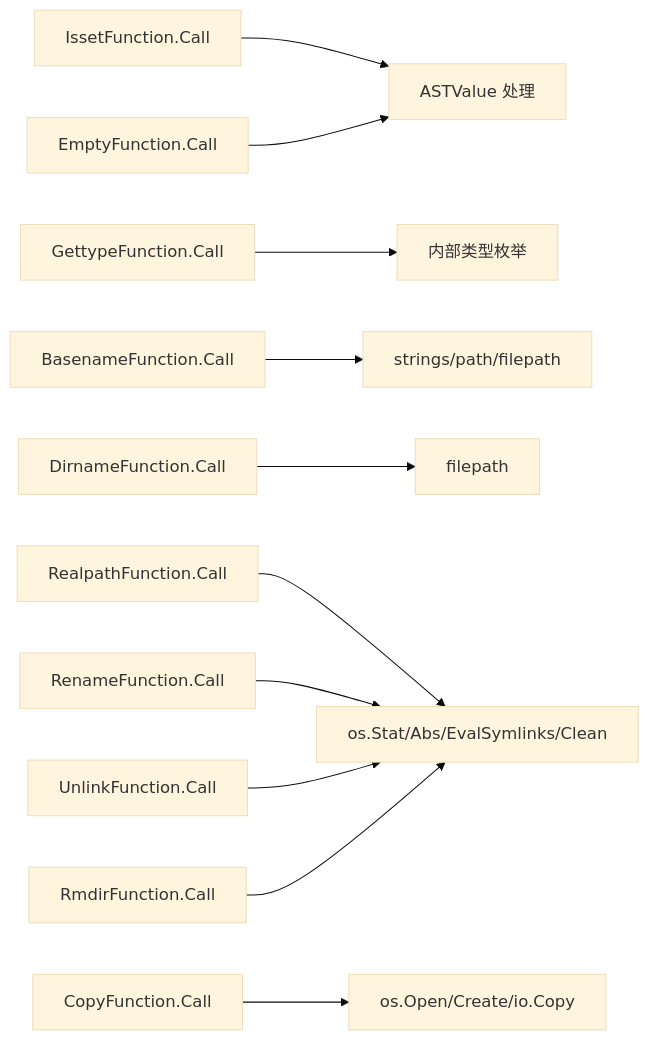
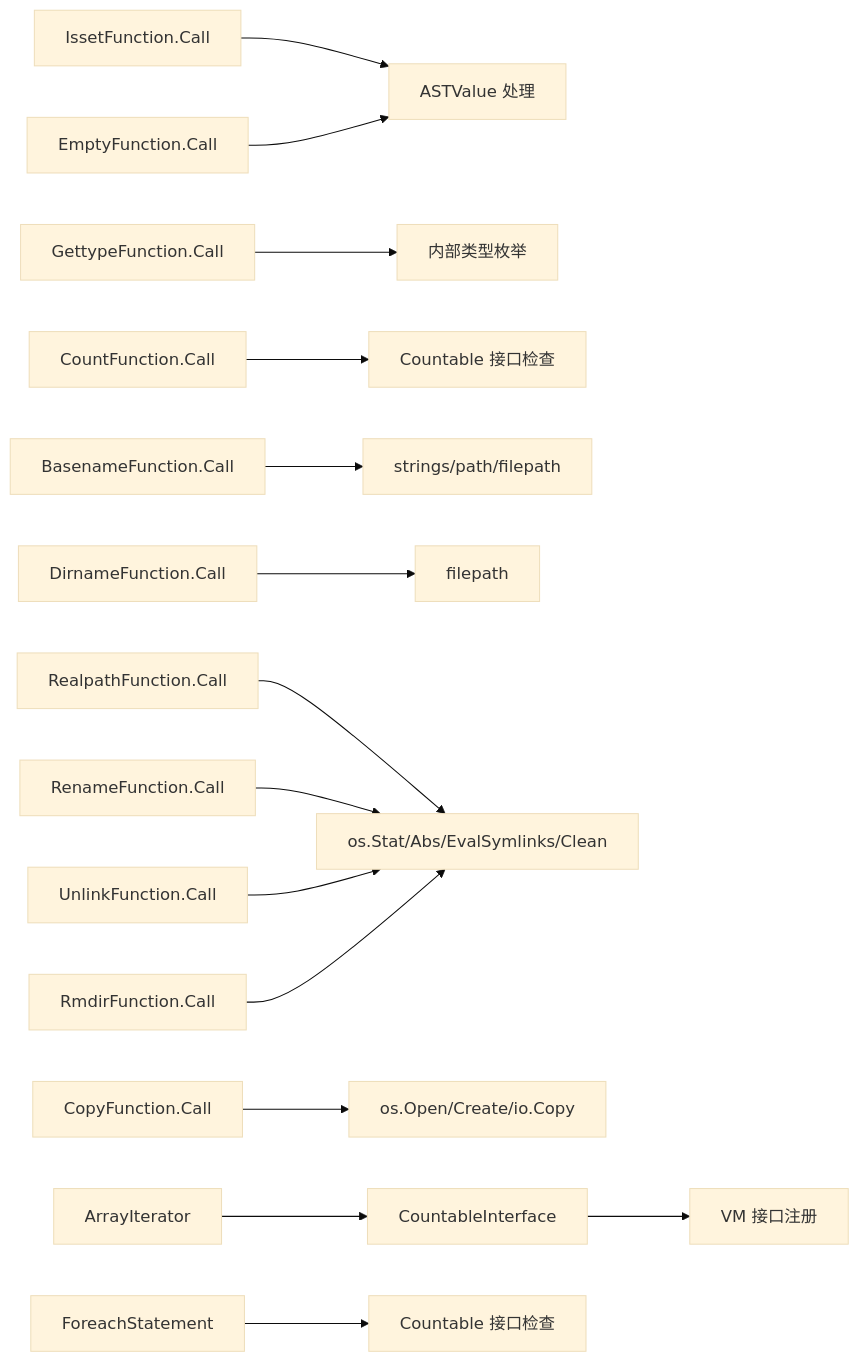
Before and after one commit to php-any/origami: the tenth of 10 diagrams in .qoder/repowiki/zh/content/PHP集成/PHP标准库/核心函数.md, drawn with Mermaid (base theme). The commit also changed other lines of this file and 21 other files, not shown here.

````diff
--- a/.qoder/repowiki/zh/content/PHP集成/PHP标准库/核心函数.md
+++ b/.qoder/repowiki/zh/content/PHP集成/PHP标准库/核心函数.md
@@ -455,13 +553,17 @@
 ```mermaid
 graph LR
 Isset["IssetFunction.Call"] --> AST["ASTValue 处理"]
 Empty["EmptyFunction.Call"] --> AST
 Gettype["GettypeFunction.Call"] --> Types["内部类型枚举"]
+Count["CountFunction.Call"] --> Countable["Countable 接口检查"]
 Basename["BasenameFunction.Call"] --> Str["strings/path/filepath"]
 Dirname["DirnameFunction.Call"] --> FP["filepath"]
 Realpath["RealpathFunction.Call"] --> OS["os.Stat/Abs/EvalSymlinks/Clean"]
 Copy["CopyFunction.Call"] --> IO["os.Open/Create/io.Copy"]
 Rename["RenameFunction.Call"] --> OS
 Unlink["UnlinkFunction.Call"] --> OS
 Rmdir["RmdirFunction.Call"] --> OS
+CountableInterface["CountableInterface"] --> VM["VM 接口注册"]
+ArrayIterator["ArrayIterator"] --> CountableInterface
+Foreach["ForeachStatement"] --> CountableCheck["Countable 接口检查"]
 ```
````
